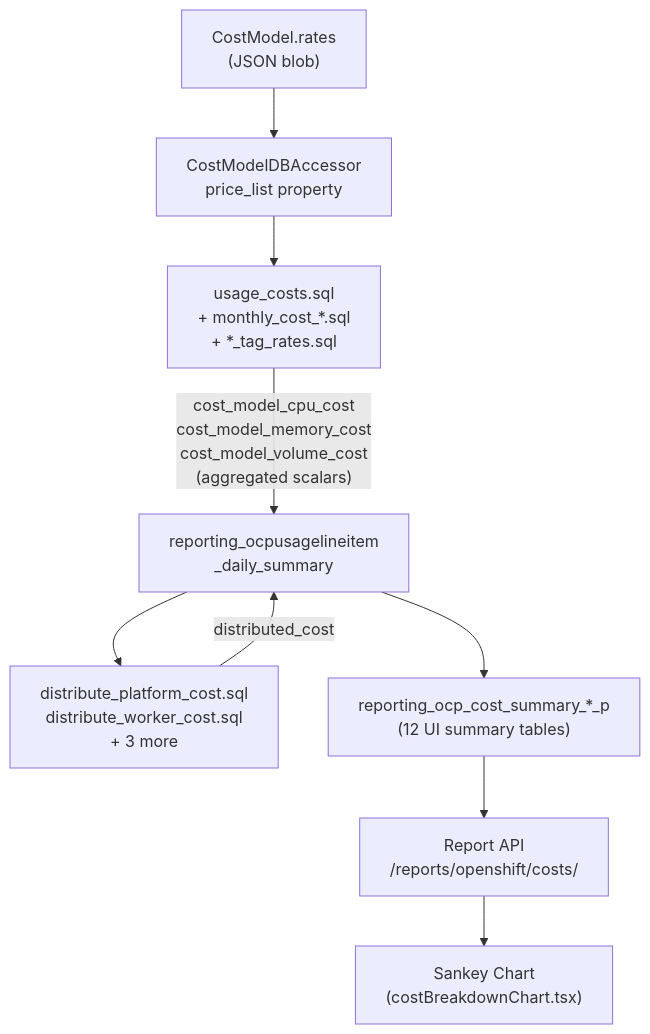
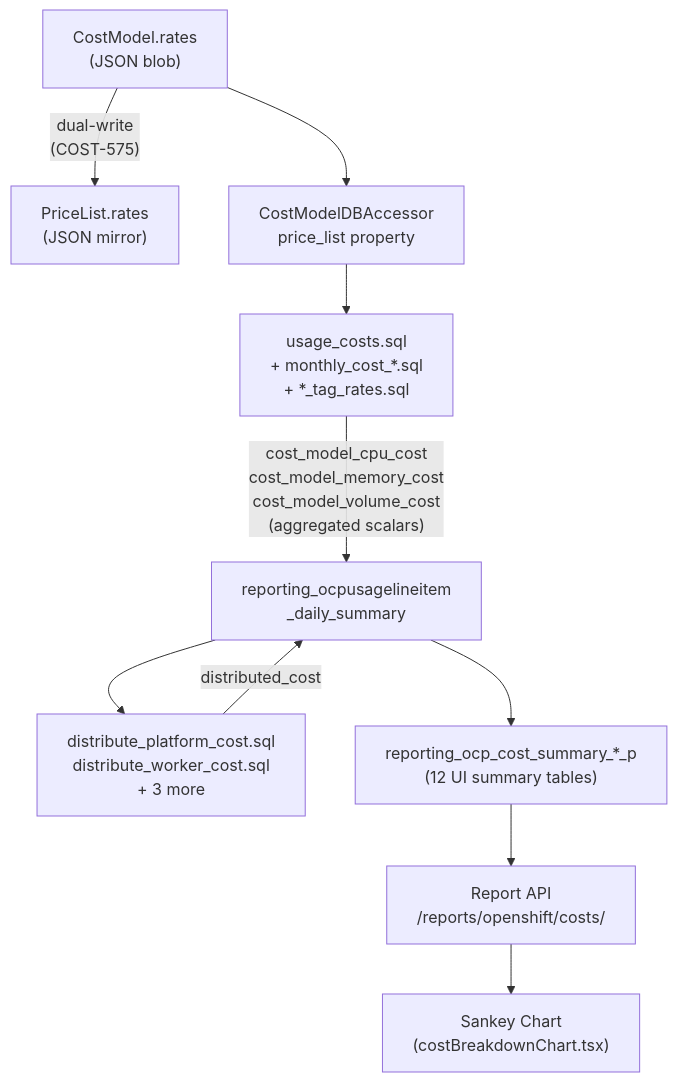
One commit to project-koku/koku changed the first of 2 diagrams in docs/architecture/cost-breakdown/README.md. Above: the diagram before and after it, drawn with Mermaid. The commit also changed other lines of this file and 7 other files, not shown here.

````diff
--- a/docs/architecture/cost-breakdown/README.md
+++ b/docs/architecture/cost-breakdown/README.md
@@ -578,11 +587,12 @@
 ```mermaid
 graph TD
-    CM["CostModel.rates<br/>(JSON blob)"] --> Accessor["CostModelDBAccessor<br/>price_list property"]
+    CM["CostModel.rates<br/>(JSON blob)"] -->|"dual-write<br/>(COST-575)"| PL["PriceList.rates<br/>(JSON mirror)"]
+    CM --> Accessor["CostModelDBAccessor<br/>price_list property"]
     Accessor --> UsageSQL["usage_costs.sql<br/>+ monthly_cost_*.sql<br/>+ *_tag_rates.sql"]
     UsageSQL -->|"cost_model_cpu_cost<br/>cost_model_memory_cost<br/>cost_model_volume_cost<br/>(aggregated scalars)"| DailySummary["reporting_ocpusagelineitem<br/>_daily_summary"]
     DailySummary --> DistSQL["distribute_platform_cost.sql<br/>distribute_worker_cost.sql<br/>+ 3 more"]
     DistSQL -->|"distributed_cost"| DailySummary
     DailySummary --> UISummary["reporting_ocp_cost_summary_*_p<br/>(12 UI summary tables)"]
     UISummary --> API["Report API<br/>/reports/openshift/costs/"]
     API --> Sankey["Sankey Chart<br/>(costBreakdownChart.tsx)"]
 ```
````
